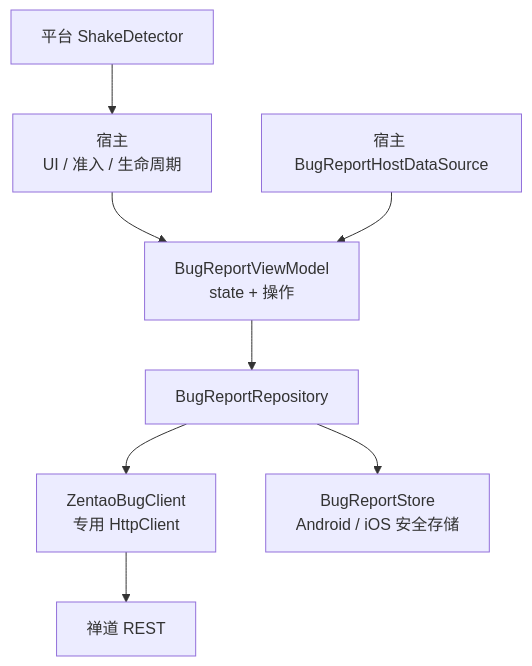
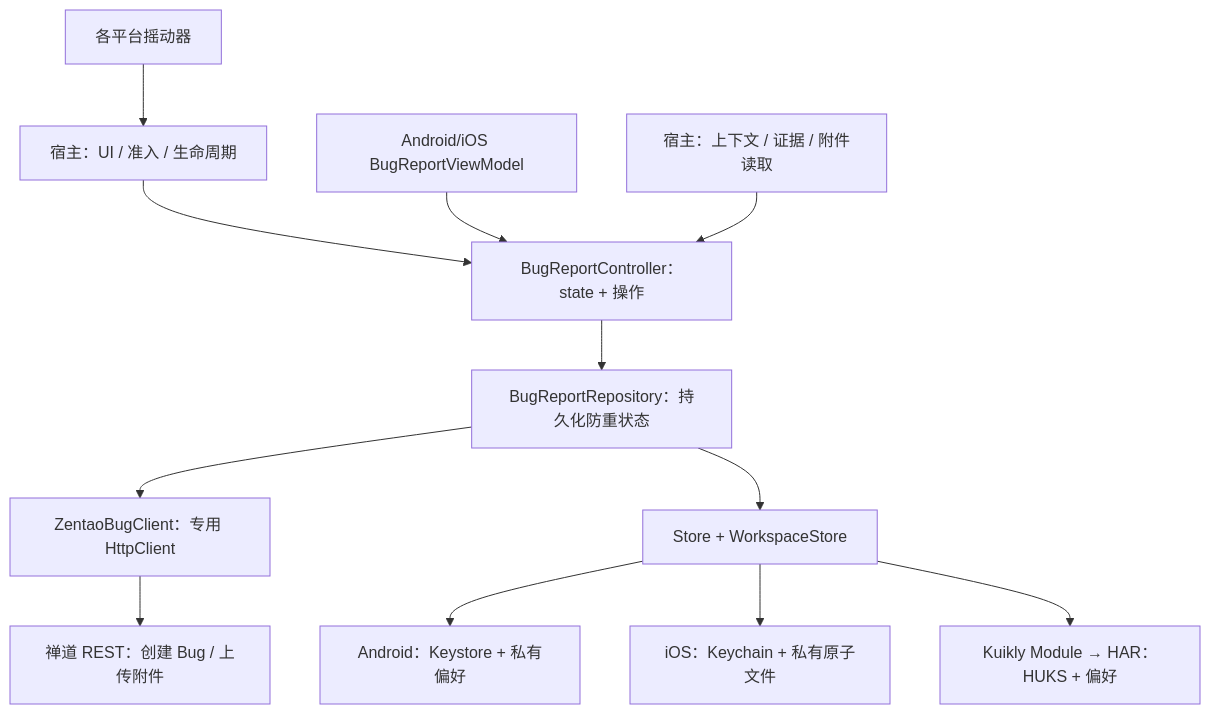
One commit to gycrosskit/debug-tools changed the first of 3 diagrams in README.md. Above: the diagram before and after it, drawn with Mermaid. The commit also changed other lines of this file and 49 other files, not shown here.

````diff
--- a/README.md
+++ b/README.md
@@ -10,10 +21,14 @@
 ```mermaid
 flowchart TB
-    Host["宿主<br/>UI / 准入 / 生命周期"] --> VM["BugReportViewModel<br/>state + 操作"]
-    Data["宿主 BugReportHostDataSource"] --> VM
-    VM --> Repo["BugReportRepository"]
-    Repo --> Client["ZentaoBugClient<br/>专用 HttpClient"]
-    Client --> API["禅道 REST"]
-    Repo --> Store["BugReportStore<br/>Android / iOS 安全存储"]
-    Shake["平台 ShakeDetector"] --> Host
+    Host["宿主：UI / 准入 / 生命周期"] --> Controller["BugReportController：state + 操作"]
+    VM["Android/iOS BugReportViewModel"] --> Controller
+    Data["宿主：上下文 / 证据 / 附件读取"] --> Controller
+    Controller --> Repo["BugReportRepository：持久化防重状态"]
+    Repo --> Client["ZentaoBugClient：专用 HttpClient"]
+    Client --> API["禅道 REST：创建 Bug / 上传附件"]
+    Repo --> Store["Store + WorkspaceStore"]
+    Store --> Android["Android：Keystore + 私有偏好"]
+    Store --> IOS["iOS：Keychain + 私有原子文件"]
+    Store --> OHOS["Kuikly Module → HAR：HUKS + 偏好"]
+    Shake["各平台摇动器"] --> Host
 ```
````
